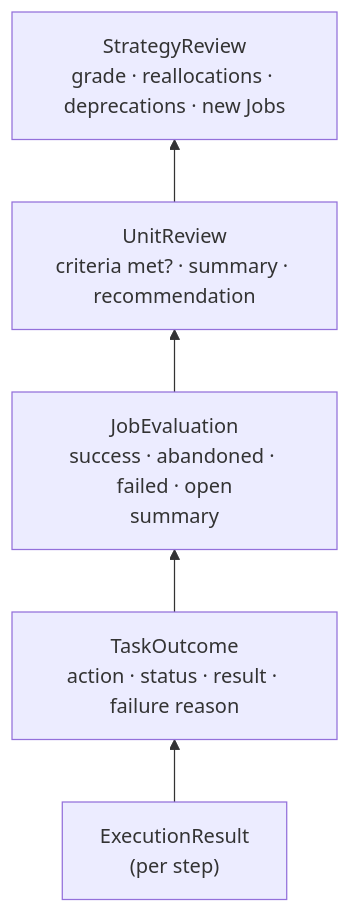
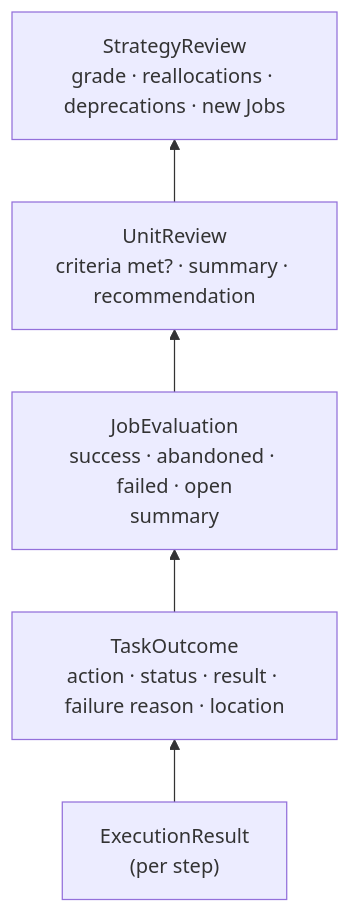
Before and after one commit to BaraaSoft/agentcores: the fourth of 5 diagrams in packages/backend/src/reasoning/tech-spec.md, drawn with Mermaid. The commit also changed other lines of this file and 12 other files, not shown here.

First line of the commit message:
Enhance task entity and execution processes with location tracking

````diff
--- a/packages/backend/src/reasoning/tech-spec.md
+++ b/packages/backend/src/reasoning/tech-spec.md
@@ -197,7 +197,7 @@
 ```mermaid
 flowchart BT
-    Exec["ExecutionResult<br/>(per step)"] --> TaskOut["TaskOutcome<br/>action · status · result · failure reason"]
+    Exec["ExecutionResult<br/>(per step)"] --> TaskOut["TaskOutcome<br/>action · status · result · failure reason · location"]
     TaskOut --> JobEval["JobEvaluation<br/>success · abandoned · failed · open<br/>summary"]
     JobEval --> UnitRev["UnitReview<br/>criteria met? · summary · recommendation"]
     UnitRev --> StratRev["StrategyReview<br/>grade · reallocations · deprecations · new Jobs"]
 ```
````
